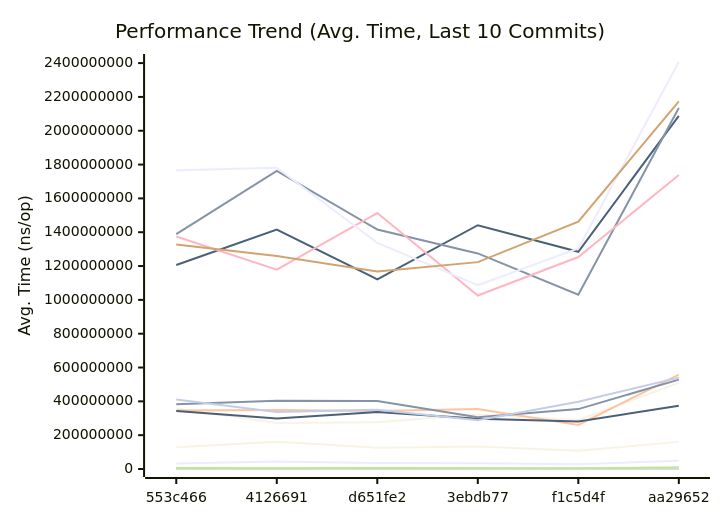
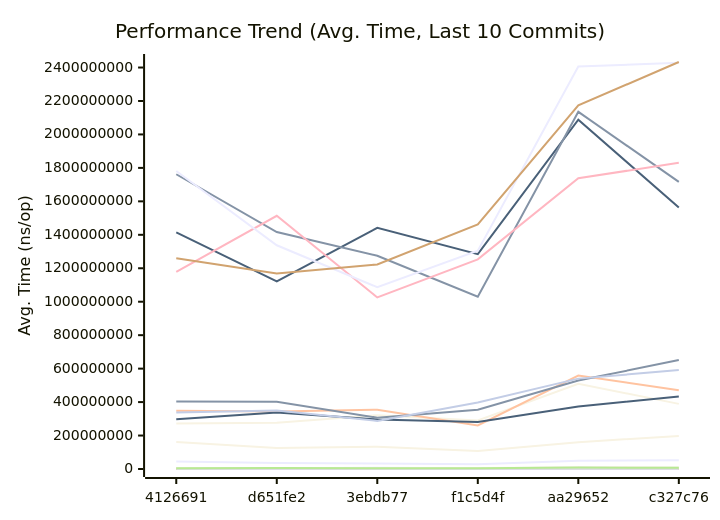
The first of 3 diagrams in docs/PERFORMANCE.md (alsotoes/momo), drawn with Mermaid before and after one commit. The commit also changed other lines of this file and 2 other files, not shown here.

````diff
--- a/docs/PERFORMANCE.md
+++ b/docs/PERFORMANCE.md
@@ -260,44 +260,44 @@
 ```mermaid
 xychart-beta
     title "Performance Trend (Avg. Time, Last 10 Commits)"
     x-axis "Commit"
     y-axis "Avg. Time (ns/op)"
-    x-axis [553c466,4126691,d651fe2,3ebdb77,f1c5d4f,aa29652]
-    line "AWSChunkedReaderSigned" [619200,756300,663569,620161,606537,1043223,973548,1455699,680259,833482]
-    line "AWSChunkedReaderUnsigned" [664009,703433,611889,631352,615450,1351997,1054695,1128789,889133,730853]
-    line "CheckMetricsAndSwap" [10,12,13,11,9,18,19,38,17,10]
-    line "CrushOptimized" [485,513,528,381,489,593,643,1042,685,798]
-    line "CrushOriginal" [646,673,697,599,581,856,1307,2029,855,1268]
-    line "FormatListObjectsV2XML_AppendFormat" [1056478,1286421,1165434,922011,962696,2255056,1630321,4600271,1782191,1061116]
-    line "FormatListObjectsV2XML_OldFormat" [545961,720703,674915,518253,488621,1103444,888288,1357791,907084,473930]
-    line "HashBytes/1MiB" [5240058,5525510,5093044,3747347,5123782,7575501,6664907,7640824,5383828,7555000]
-    line "HashBytes/256MiB" [1206314796,1415065243,1121544781,1441434671,1284521850,2087994619,1563281181,2308810918,1405443275,1788061102]
-    line "HashBytes/64MiB" [357748084,272405322,277104353,321801782,289844742,509860327,389285110,629622654,507641214,422715939]
-    line "HashFile/1MiB" [5520031,4909353,4510294,6901410,4299477,8227082,7078150,8690518,5618671,6533318]
-    line "HashFile/256MiB" [1388569817,1761951053,1416186973,1274613971,1030231274,2135226775,1716532942,2281655194,1518211227,1560936348]
-    line "HashFile/64MiB" [345945889,348425613,343417056,354037155,260223898,558613671,471436906,655531538,397822488,323633746]
-    line "IndexDirectTracking" [1,1,1,1,0,1,1,1,1,1]
-    line "IndexSearch" [4,4,4,4,4,5,4,5,5,4]
-    line "LastModifiedHeader_AppendFormat" [364,441,320,312,319,610,638,744,453,385]
-    line "LastModifiedHeader_Format" [431,520,582,394,406,812,695,1046,635,526]
-    line "LoadGlobalConfig" [13488,14097,14525,12164,12907,20187,22438,33068,21404,21459]
-    line "LocalWrite/1MiB" [577002,644852,573249,584326,612314,1771010,1395534,1103659,782921,673496]
-    line "LocalWrite/256MiB" [128702495,161190175,125958619,133440934,107404943,160392504,197917420,272351029,175219427,179514948]
-    line "LocalWrite/64MiB" [33119476,44891953,35402077,33399170,28308935,49166059,52341255,56218123,42014368,37648886]
-    line "PadString" [70,76,63,80,61,211,165,205,86,67]
+    x-axis [4126691,d651fe2,3ebdb77,f1c5d4f,aa29652,c327c76]
+    line "AWSChunkedReaderSigned" [756300,663569,620161,606537,1043223,973548,1455699,680259,833482,953309]
+    line "AWSChunkedReaderUnsigned" [703433,611889,631352,615450,1351997,1054695,1128789,889133,730853,858757]
+    line "CheckMetricsAndSwap" [12,13,11,9,18,19,38,17,10,13]
+    line "CrushOptimized" [513,528,381,489,593,643,1042,685,798,468]
+    line "CrushOriginal" [673,697,599,581,856,1307,2029,855,1268,698]
+    line "FormatListObjectsV2XML_AppendFormat" [1286421,1165434,922011,962696,2255056,1630321,4600271,1782191,1061116,1008647]
+    line "FormatListObjectsV2XML_OldFormat" [720703,674915,518253,488621,1103444,888288,1357791,907084,473930,533866]
+    line "HashBytes/1MiB" [5525510,5093044,3747347,5123782,7575501,6664907,7640824,5383828,7555000,5598473]
+    line "HashBytes/256MiB" [1415065243,1121544781,1441434671,1284521850,2087994619,1563281181,2308810918,1405443275,1788061102,1074265335]
+    line "HashBytes/64MiB" [272405322,277104353,321801782,289844742,509860327,389285110,629622654,507641214,422715939,338237103]
+    line "HashFile/1MiB" [4909353,4510294,6901410,4299477,8227082,7078150,8690518,5618671,6533318,4172609]
+    line "HashFile/256MiB" [1761951053,1416186973,1274613971,1030231274,2135226775,1716532942,2281655194,1518211227,1560936348,1431277931]
+    line "HashFile/64MiB" [348425613,343417056,354037155,260223898,558613671,471436906,655531538,397822488,323633746,347435470]
+    line "IndexDirectTracking" [1,1,1,0,1,1,1,1,1,1]
+    line "IndexSearch" [4,4,4,4,5,4,5,5,4,4]
+    line "LastModifiedHeader_AppendFormat" [441,320,312,319,610,638,744,453,385,315]
+    line "LastModifiedHeader_Format" [520,582,394,406,812,695,1046,635,526,444]
+    line "LoadGlobalConfig" [14097,14525,12164,12907,20187,22438,33068,21404,21459,15616]
+    line "LocalWrite/1MiB" [644852,573249,584326,612314,1771010,1395534,1103659,782921,673496,973167]
+    line "LocalWrite/256MiB" [161190175,125958619,133440934,107404943,160392504,197917420,272351029,175219427,179514948,167743774]
+    line "LocalWrite/64MiB" [44891953,35402077,33399170,28308935,49166059,52341255,56218123,42014368,37648886,40720206]
+    line "PadString" [76,63,80,61,211,165,205,86,67,85]
     line "ParseReplicationOrder_NoPrealloc" [350,349,357,354,345,225,229,165,232,234]
     line "ParseReplicationOrder_Prealloc" [229,231,237,234,229,108,107,80,110,109]
-    line "Placement" [7406,7040,7327,6313,6933,8102,10527,25580,11321,10377]
-    line "PlacementDomainSpread" [7868,7303,7101,6619,8426,8684,11049,18437,11792,9468]
-    line "ReadVerify/1MiB" [4600918,6614208,4999715,4807436,3448579,5630820,6689386,12183182,5670392,7713170]
-    line "ReadVerify/256MiB" [1374887457,1179131329,1513480600,1025626350,1253185341,1738129398,1830120119,2276631953,1517577657,1316685724]
-    line "ReadVerify/64MiB" [343492740,297878657,337113294,296627981,281005831,374198113,432795151,533889680,383828668,451931212]
-    line "S3PutSpool/1MiB" [6697030,5335678,5117449,4156487,6430516,9117398,9491833,12330195,7822144,8408058]
-    line "S3PutSpool/256MiB" [1766547568,1781197744,1337418784,1086529024,1304364707,2406472426,2428268969,2647654672,1803968295,2177507350]
-    line "S3PutSpool/64MiB" [382189999,404192768,401720115,306669378,354128133,528507413,651666227,681227498,429216770,399626051]
-    line "SanitizeLog/Safe" [316,423,332,390,316,623,639,645,428,331]
-    line "SanitizeLog/Unsafe" [1170,1356,1050,1036,1076,2180,2105,3077,1405,1260]
-    line "TrustedRead/1MiB" [6124228,5111302,5878450,3751975,4741810,8367879,7463250,9671314,5650216,4830214]
-    line "TrustedRead/256MiB" [1326976357,1259207320,1168045663,1223117446,1462605918,2173767229,2433008029,3228071339,1677679418,2100324369]
-    line "TrustedRead/64MiB" [411444369,337664579,350083685,287609190,397868130,540269082,591536062,961059323,465018339,305338723]
+    line "Placement" [7040,7327,6313,6933,8102,10527,25580,11321,10377,7200]
+    line "PlacementDomainSpread" [7303,7101,6619,8426,8684,11049,18437,11792,9468,8229]
+    line "ReadVerify/1MiB" [6614208,4999715,4807436,3448579,5630820,6689386,12183182,5670392,7713170,4757418]
+    line "ReadVerify/256MiB" [1179131329,1513480600,1025626350,1253185341,1738129398,1830120119,2276631953,1517577657,1316685724,1223335569]
+    line "ReadVerify/64MiB" [297878657,337113294,296627981,281005831,374198113,432795151,533889680,383828668,451931212,213251291]
+    line "S3PutSpool/1MiB" [5335678,5117449,4156487,6430516,9117398,9491833,12330195,7822144,8408058,8591213]
+    line "S3PutSpool/256MiB" [1781197744,1337418784,1086529024,1304364707,2406472426,2428268969,2647654672,1803968295,2177507350,1816522977]
+    line "S3PutSpool/64MiB" [404192768,401720115,306669378,354128133,528507413,651666227,681227498,429216770,399626051,367182715]
+    line "SanitizeLog/Safe" [423,332,390,316,623,639,645,428,331,547]
+    line "SanitizeLog/Unsafe" [1356,1050,1036,1076,2180,2105,3077,1405,1260,1471]
+    line "TrustedRead/1MiB" [5111302,5878450,3751975,4741810,8367879,7463250,9671314,5650216,4830214,4254033]
+    line "TrustedRead/256MiB" [1259207320,1168045663,1223117446,1462605918,2173767229,2433008029,3228071339,1677679418,2100324369,1186508654]
+    line "TrustedRead/64MiB" [337664579,350083685,287609190,397868130,540269082,591536062,961059323,465018339,305338723,298647819]
 ```
````
